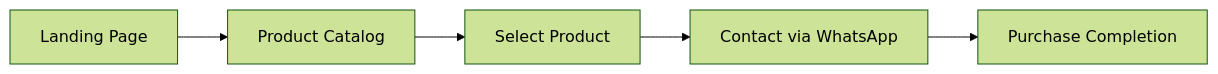
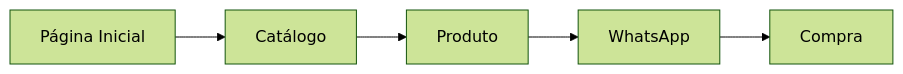
The second of 6 diagrams in README.md (LorenzoOMN/ECOA-Ecommerce), drawn with Mermaid (forest theme) before and after one commit. The commit also changed other lines of this file, not shown here.

````diff
--- a/README.md
+++ b/README.md
@@ -135,12 +214,12 @@
 ```mermaid
 flowchart LR
 
-A[Landing Page]
---> B[Product Catalog]
+A[Página Inicial]
+--> B[Catálogo]
 
-B --> C[Select Product]
+B --> C[Produto]
 
-C --> D[Contact via WhatsApp]
+C --> D[WhatsApp]
 
-D --> E[Purchase Completion]
+D --> E[Compra]
 ```
````
